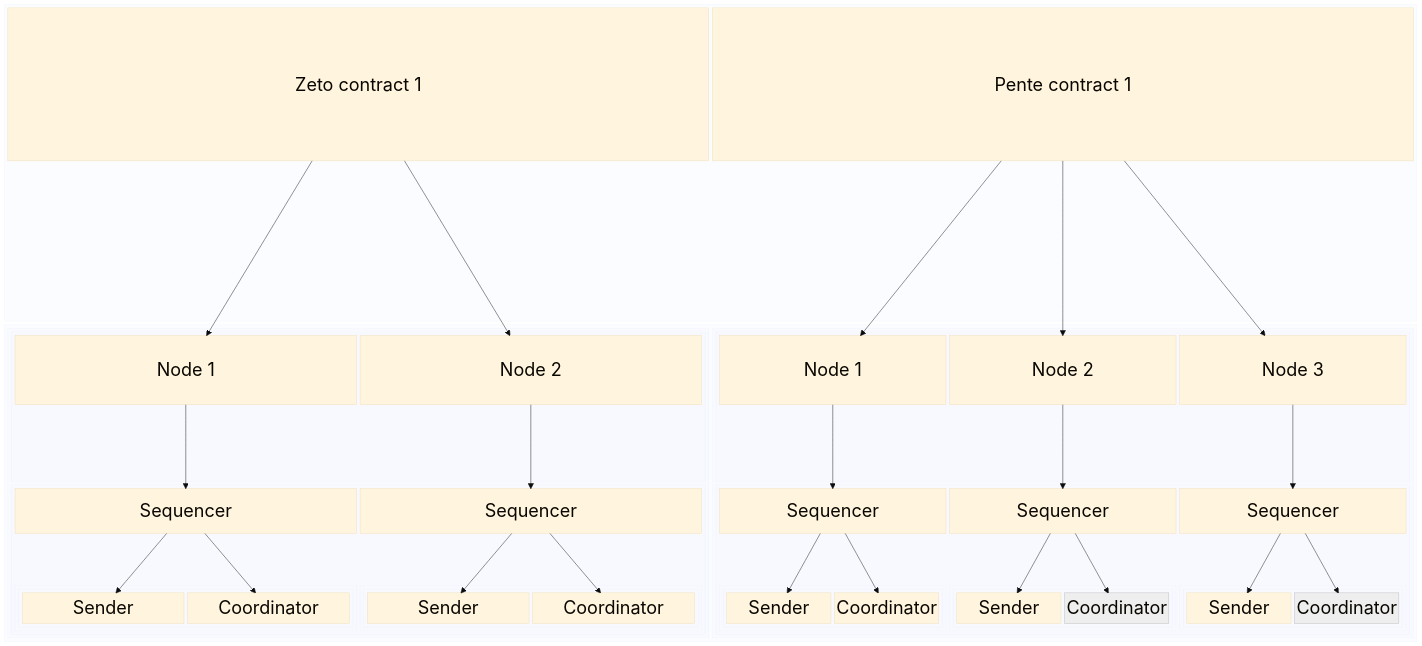
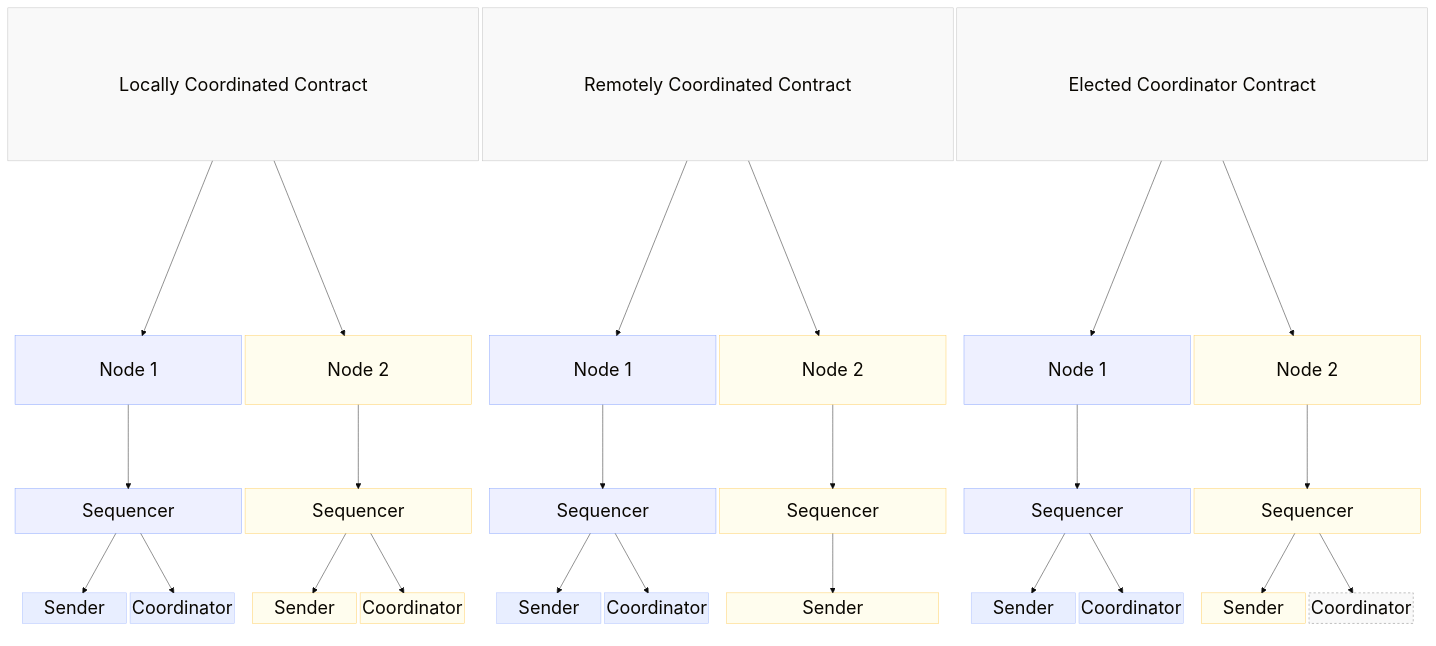
One commit to matthew1001/paladin changed the second of 8 diagrams in doc-site/docs/architecture/distributed_sequencer.md. Above: the diagram before and after it, drawn with Mermaid. The commit also changed other lines of this file and 1 other file, not shown here.

Commit message:
Still playing with mermaid diagrams

````diff
--- a/doc-site/docs/architecture/distributed_sequencer.md
+++ b/doc-site/docs/architecture/distributed_sequencer.md
@@ -23,26 +89,28 @@
 ```mermaid
-%%{init: {'theme': 'base', 'themeVariables': { 'fontSize': '40px'}}}%%
+%%{init: {'theme': 'base', 'themeVariables': { 'fontSize': '40px', 'fill':'#33bb22'}}}%%
 block-beta
       columns 1
       block:domaintokens
-        columns 2
-        domainContract1["Zeto contract 1"]
-        domainContract2["Pente contract 1"]
+        columns 3
+        domainContract1["Locally Coordinated Contract"]
+        domainContract2["Remotely Coordinated Contract"]
+        domainContract3["Elected Coordinator Contract"]
+        space
         space
         space
       end
       block:domaincontracts
-        columns 2
-        block:zetonodes
+        columns 3
+        block:lcnodes
           columns 1
-          block:zetonodelist
+          block:lcnodelist
             columns 2
             c1node1["Node 1"]
             c1node2["Node 2"]
             space
             space
           end
-          block:zetosequencercomponents
+          block:lcsequencercomponents
             columns 2
             c1node1sequencer["Sequencer"]
             c1node2sequencer["Sequencer"]
@@ -62,23 +130,19 @@
             end
           end
         end
-        block:pentenodes
+        block:rcnodes
           columns 1
-          block:pentenodelist
-            columns 3
+          block:rcnodelist
+            columns 2
             c2node1["Node 1"]
             c2node2["Node 2"]
-            c2node3["Node 3"]
-            space
             space
             space
           end
-          block:pentesequencercomponents
-            columns 3
+          block:rcsequencercomponents
+            columns 2
             c2node1sequencer["Sequencer"]
             c2node2sequencer["Sequencer"]
-            c2node3sequencer["Sequencer"]
-            space
             space
             space
             block:seq3componentlist
@@ -90,13 +154,35 @@
             block:seq4componentlist
               block:seq4components
                 c2node2sender["Sender"]
-                c2node2coordinator["Coordinator"]
               end
             end
+          end
+        end
+        block:elnodes
+          columns 1
+          block:elnodelist
+            columns 2
+            c3node1["Node 1"]
+            c3node2["Node 2"]
+            space
+            space
+          end
+          block:elsequencercomponents
+            columns 2
+            c3node1sequencer["Sequencer"]
+            c3node2sequencer["Sequencer"]
+            space
+            space
             block:seq5componentlist
               block:seq5components
-                c2node3sender["Sender"]
-                c2node3coordinator["Coordinator"]
+                c3node1sender["Sender"]
+                c3node1coordinator["Coordinator"]
+              end
+            end
+            block:seq6componentlist
+              block:seq6components
+                c3node2sender["Sender"]
+                c3node2coordinator["Coordinator"]
               end
             end
           end
@@ -106,12 +192,14 @@
   domainContract1 --> c1node2
   domainContract2 --> c2node1
   domainContract2 --> c2node2
-  domainContract2 --> c2node3
+  domainContract3 --> c3node1
+  domainContract3 --> c3node2
   c1node1 --> c1node1sequencer
   c1node2 --> c1node2sequencer
   c2node1 --> c2node1sequencer
   c2node2 --> c2node2sequencer
-  c2node3 --> c2node3sequencer
+  c3node1 --> c3node1sequencer
+  c3node2 --> c3node2sequencer
   c1node1sequencer --> c1node1sender
   c1node2sequencer --> c1node2sender
   c1node1sequencer --> c1node1coordinator
@@ -119,9 +207,57 @@
   c2node1sequencer --> c2node1sender
   c2node1sequencer --> c2node1coordinator
   c2node2sequencer --> c2node2sender
-  c2node2sequencer --> c2node2coordinator
-  c2node3sequencer --> c2node3sender
-  c2node3sequencer --> c2node3coordinator
-  style c2node2coordinator fill:#eeeeee,stroke:#bbbbbb
-  style c2node3coordinator fill:#eeeeee,stroke:#bbbbbb
+  c3node1sequencer --> c3node1sender
+  c3node1sequencer --> c3node1coordinator
+  c3node2sequencer --> c3node2sender
+  c3node2sequencer --> c3node2coordinator
+  style domainContract1 fill:#f9f9f9,stroke:#bbbbbb
+  style domainContract2 fill:#f9f9f9,stroke:#bbbbbb
+  style domainContract3 fill:#f9f9f9,stroke:#bbbbbb
+  style c1node1 fill:#eef0ff,stroke:#7e9dff
+  style c1node2 fill:#fffdee,stroke:#ffca58
+  style c2node1 fill:#eef0ff,stroke:#7e9dff
+  style c2node2 fill:#fffdee,stroke:#ffca58
+  style c3node1 fill:#eef0ff,stroke:#7e9dff
+  style c3node2 fill:#fffdee,stroke:#ffca58
+  style c1node1sequencer fill:#eef0ff,stroke:#7e9dff
+  style c1node2sequencer fill:#fffdee,stroke:#ffca58
+  style c2node1sequencer fill:#eef0ff,stroke:#7e9dff
+  style c2node2sequencer fill:#fffdee,stroke:#ffca58
+  style c3node1sequencer fill:#eef0ff,stroke:#7e9dff
+  style c3node2sequencer fill:#fffdee,stroke:#ffca58
+  style c1node1coordinator fill:#e8eeff,stroke:#a7bcff
+  style c1node2coordinator fill:#fffdee,stroke:#ffca58
+  style c2node1coordinator fill:#e8eeff,stroke:#a7bcff
+  style c3node1coordinator fill:#e8eeff,stroke:#a7bcff
+  style c3node2coordinator fill:#f9f9f9,stroke:#777777,stroke-dasharray: 5 5
+  style c1node1sender fill:#e8eeff,stroke:#a7bcff
+  style c1node2sender fill:#fffdee,stroke:#ffca58
+  style c2node1sender fill:#e8eeff,stroke:#a7bcff
+  style c2node2sender fill:#fffdee,stroke:#ffca58
+  style c3node1sender fill:#e8eeff,stroke:#a7bcff
+  style c3node2sender fill:#fffdee,stroke:#ffca58
+  style seq1components fill:#ffffff,stroke:#ffffff
+  style seq2components fill:#ffffff,stroke:#ffffff
+  style seq3components fill:#ffffff,stroke:#ffffff
+  style seq4components fill:#ffffff,stroke:#ffffff
+  style seq5components fill:#ffffff,stroke:#ffffff
+  style seq6components fill:#ffffff,stroke:#ffffff
+  style seq1componentlist fill:#ffffff,stroke:#ffffff
+  style seq2componentlist fill:#ffffff,stroke:#ffffff
+  style seq3componentlist fill:#ffffff,stroke:#ffffff
+  style seq4componentlist fill:#ffffff,stroke:#ffffff
+  style seq5componentlist fill:#ffffff,stroke:#ffffff
+  style seq6componentlist fill:#ffffff,stroke:#ffffff
+  style lcnodes fill:#ffffff,stroke:#ffffff
+  style lcnodelist fill:#ffffff,stroke:#ffffff
+  style lcsequencercomponents fill:#ffffff,stroke:#ffffff
+  style elnodes fill:#ffffff,stroke:#ffffff
+  style elnodelist fill:#ffffff,stroke:#ffffff
+  style elsequencercomponents fill:#ffffff,stroke:#ffffff
+  style rcnodes fill:#ffffff,stroke:#ffffff
+  style rcnodelist fill:#ffffff,stroke:#ffffff
+  style rcsequencercomponents fill:#ffffff,stroke:#ffffff
+  style domaintokens fill:#ffffff,stroke:#ffffff
+  style domaincontracts fill:#ffffff,stroke:#ffffff
 ```
````
